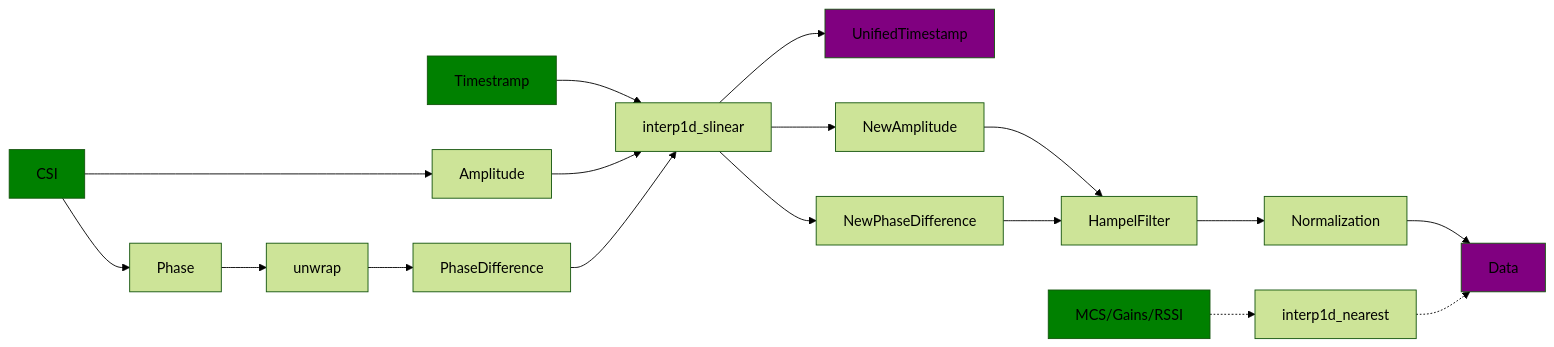
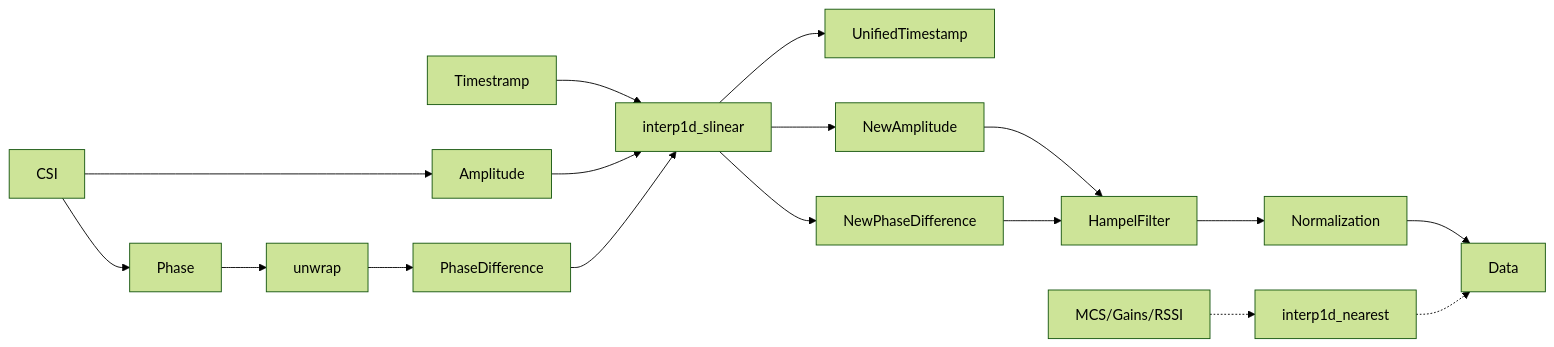
The first of 2 diagrams in README.md (Owen1u/WiFi-Localization), drawn with Mermaid (forest theme) before and after one commit.

Commit message:
提交版本

````diff
--- a/README.md
+++ b/README.md
@@ -29,30 +29,22 @@
 ```mermaid
 graph LR;
     CSI --> Amplitude;
     CSI --> Phase;
     Phase --> unwrap;
     unwrap --> diff[PhaseDifference];
     Timestramp --> interp1d[interp1d_slinear];
     Amplitude --> interp1d;
     diff --> interp1d;
 
     interp1d --> UnifiedTimestamp;
     interp1d --> NewAmplitude;
     interp1d --> NewPhaseDifference;
 
     NewAmplitude --> HampelFilter;
     NewPhaseDifference --> HampelFilter;
     HampelFilter --> Normalization;
     Normalization --> Data;
 
     MCS/Gains/RSSI -.-> interp1d_[interp1d_nearest];
     interp1d_ -.-> Data;
-
-    style Timestramp fill:green;
-    style CSI fill:green;
-    style MCS/Gains/RSSI fill:green;
-
-    style UnifiedTimestamp fill:purple;
-    style Data fill:purple;
-
 ```
````
